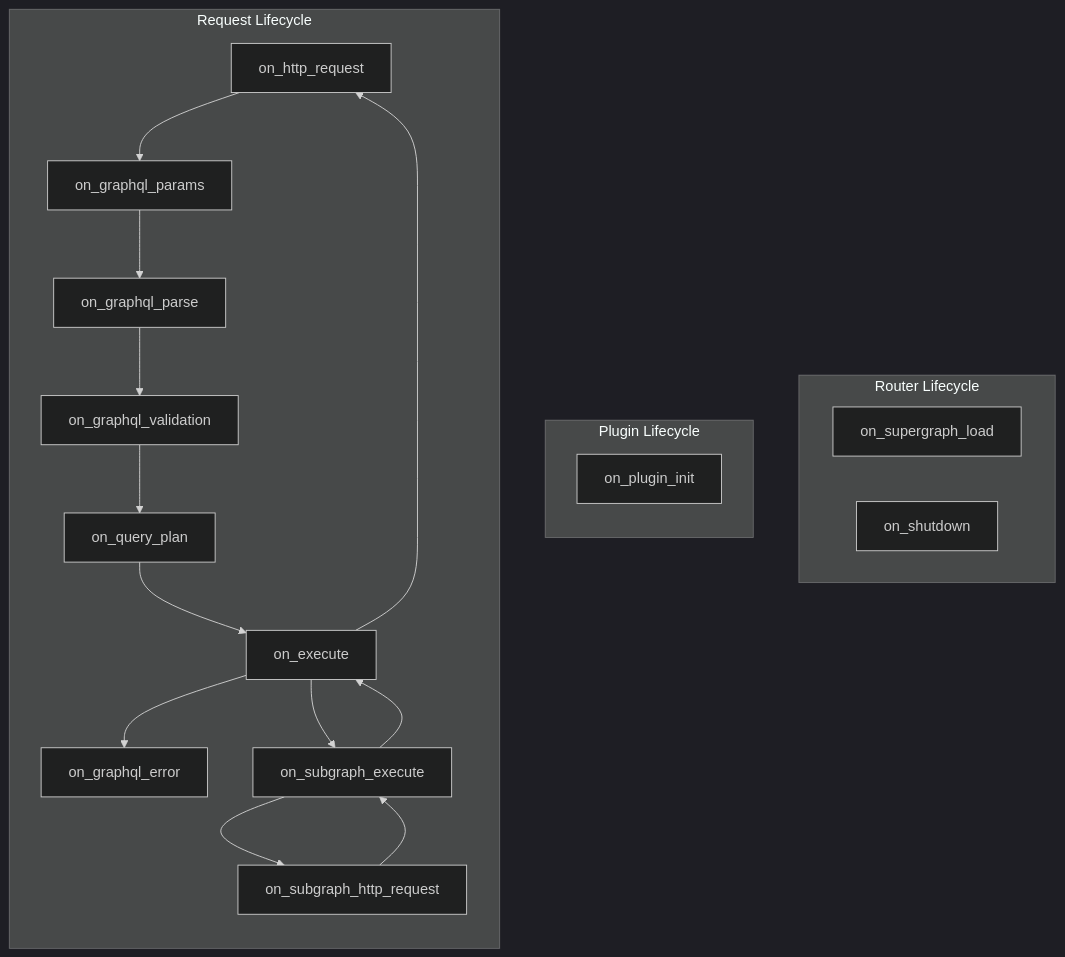
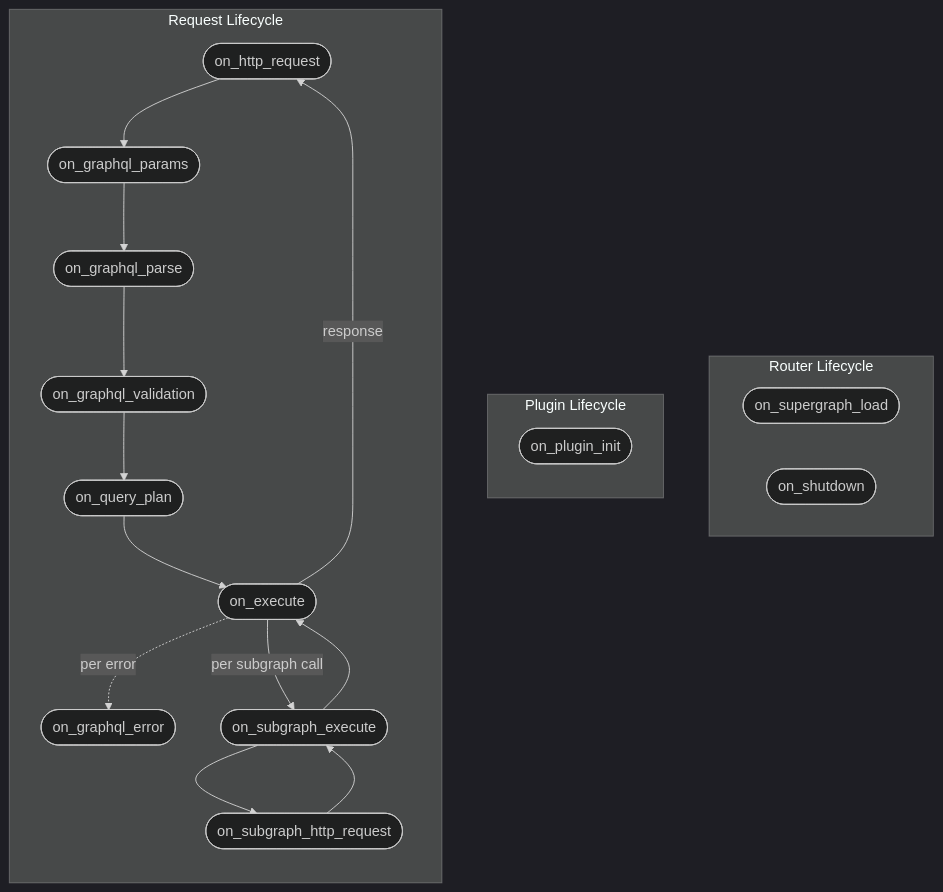
One commit to graphql-hive/console changed the diagram in packages/web/docs/src/content/router/extensibility/plugin_system.mdx. Above: the diagram before and after it, drawn with Mermaid (dark theme).

````diff
--- a/packages/web/docs/src/content/router/extensibility/plugin_system.mdx
+++ b/packages/web/docs/src/content/router/extensibility/plugin_system.mdx
@@ -120,41 +120,41 @@
 ```mermaid
 flowchart TB
     subgraph "Router Lifecycle"
       direction LR
-      on_supergraph_load
-      on_shutdown
+      SL([on_supergraph_load])
+      ON([on_shutdown])
     end
     
     subgraph "Plugin Lifecycle"
       direction TB
-      on_plugin_init
+      PI([on_plugin_init])
     end
     
     subgraph "Request Lifecycle"
       direction TB
-      A[on_http_request] --> B[on_graphql_params]
-      B --> D[on_graphql_parse]
-      D --> F[on_graphql_validation]
-      F --> H[on_query_plan]
-      H --> J[on_execute]
-      J --> on_graphql_error
-      J --> K[on_subgraph_execute]
-      K --> L[on_subgraph_http_request]
+      A([on_http_request]) --> B([on_graphql_params])
+      B --> D([on_graphql_parse])
+      D --> F([on_graphql_validation])
+      F --> H([on_query_plan])
+      H --> J([on_execute])
+      J -.->|"per error"| GE([on_graphql_error])
+      J -->|"per subgraph call"| K([on_subgraph_execute])
+      K --> L([on_subgraph_http_request])
       L --> K
       K --> J
-      J --> A
+      J -->|"response"| A
       
       click A href "#on_http_request"
       click B href "#on_graphql_params"
       click D href "#on_graphql_parse"
       click F href "#on_graphql_validation"
       click H href "#on_query_plan"
       click J href "#on_execute"
       click K href "#on_subgraph_execute"
       click L href "#on_subgraph_http_request"
-      click on_supergraph_load href "#on_supergraph_load"
-      click on_plugin_init href "#on_plugin_init"
-      click on_shutdown href "#on_shutdown"
-      click on_graphql_error href "#on_graphql_error"
+      click SL href "#on_supergraph_load"
+      click PI href "#on_plugin_init"
+      click ON href "#on_shutdown"
+      click GE href "#on_graphql_error"
     end
 ```
````
